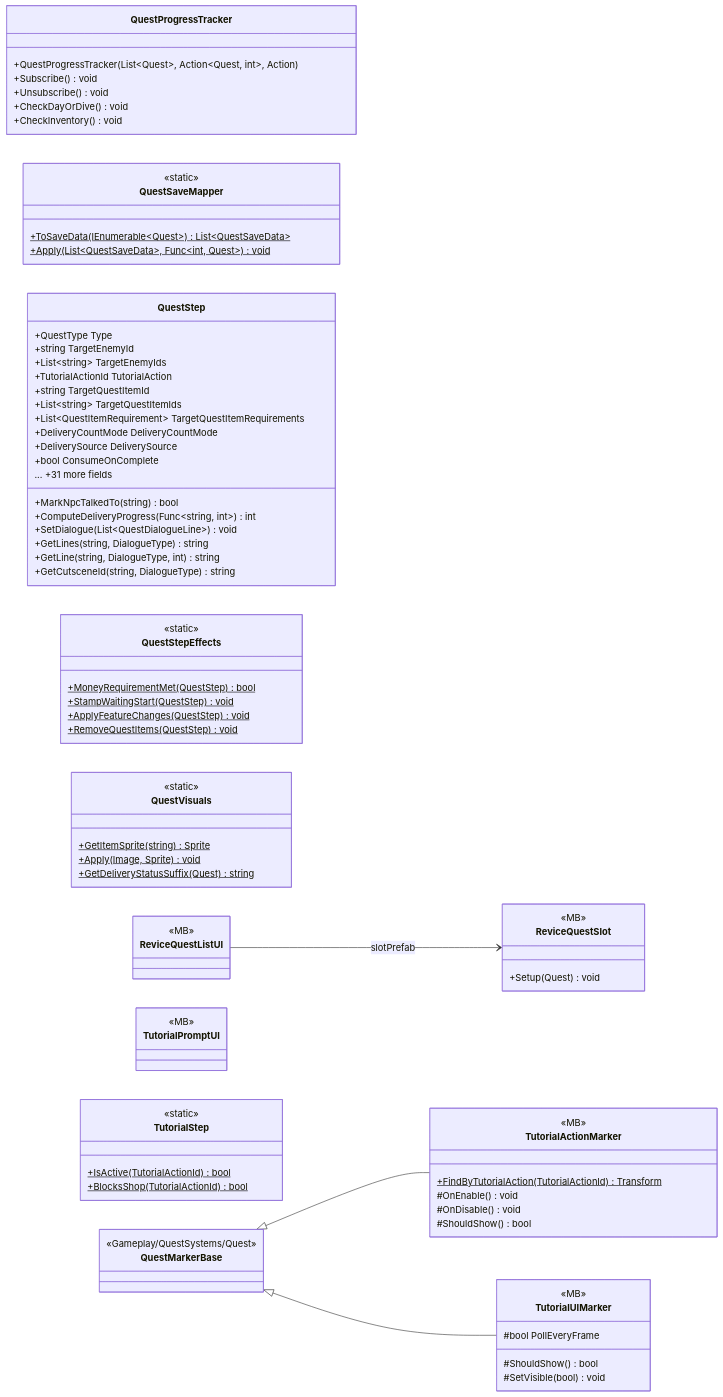
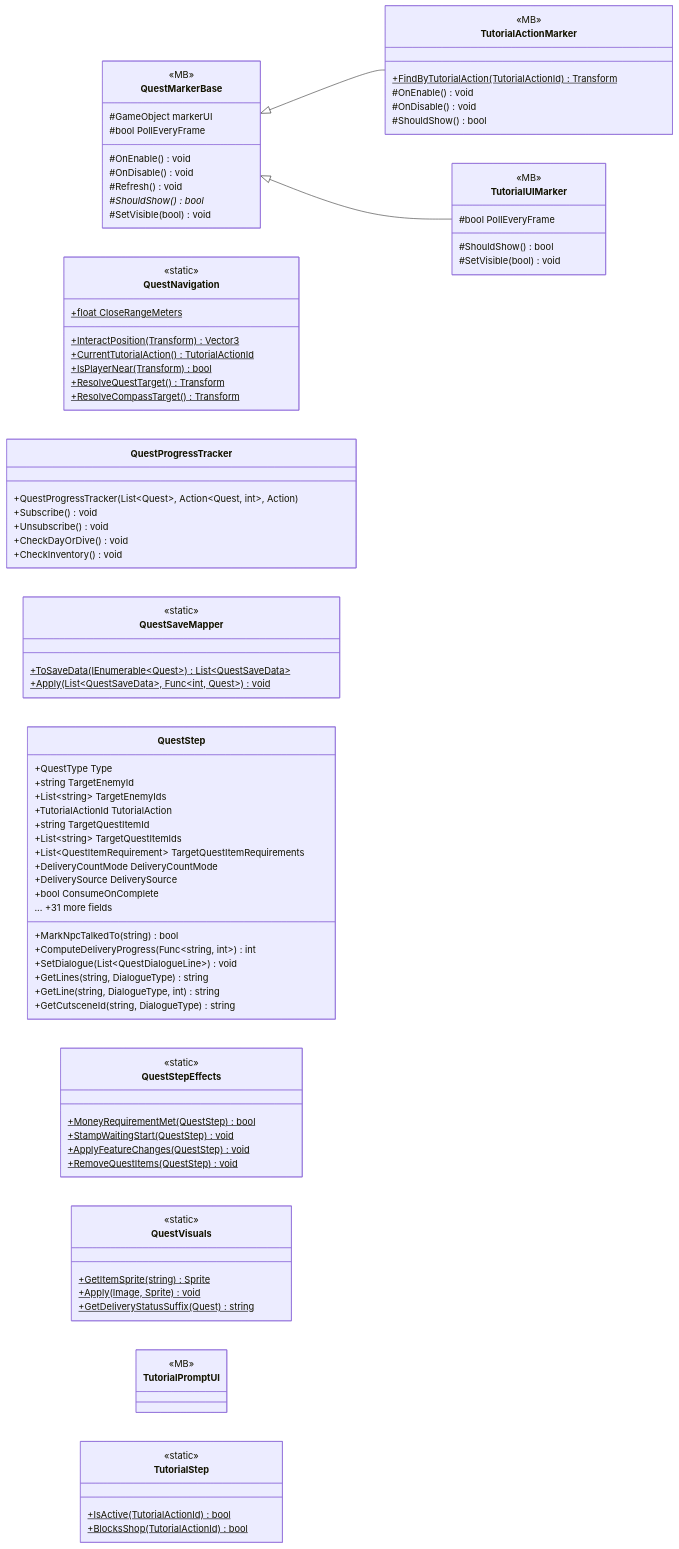
One commit to PhumipatWave/project-ocean changed the second of 2 diagrams in docs/uml/modules/Gameplay_QuestSystems_Quest.md. Above: the diagram before and after it, drawn with Mermaid. The commit also changed other lines of this file and 346 other files, not shown here.

````diff
--- a/docs/uml/modules/Gameplay_QuestSystems_Quest.md
+++ b/docs/uml/modules/Gameplay_QuestSystems_Quest.md
@@ -240,6 +228,26 @@
 ```mermaid
 classDiagram
   direction LR
+  class QuestMarkerBase {
+    <<MB>>
+    <<abstract>>
+    #GameObject markerUI
+    #bool PollEveryFrame
+    #OnEnable() void
+    #OnDisable() void
+    #Refresh() void
+    #ShouldShow()* bool
+    #SetVisible(bool) void
+  }
+  class QuestNavigation {
+    <<static>>
+    +float CloseRangeMeters$
+    +InteractPosition(Transform)$ Vector3
+    +CurrentTutorialAction()$ TutorialActionId
+    +IsPlayerNear(Transform)$ bool
+    +ResolveQuestTarget()$ Transform
+    +ResolveCompassTarget()$ Transform
+  }
   class QuestProgressTracker {
     +QuestProgressTracker(List~Quest~, Action~Quest, int~, Action)
     +Subscribe() void
@@ -284,13 +292,6 @@
     +Apply(Image, Sprite)$ void
     +GetDeliveryStatusSuffix(Quest)$ string
   }
-  class ReviceQuestListUI {
-    <<MB>>
-  }
-  class ReviceQuestSlot {
-    <<MB>>
-    +Setup(Quest) void
-  }
   class TutorialActionMarker {
     <<MB>>
     +FindByTutorialAction(TutorialActionId)$ Transform
@@ -312,10 +313,6 @@
     #ShouldShow() bool
     #SetVisible(bool) void
   }
-  class QuestMarkerBase {
-    <<Gameplay/QuestSystems/Quest>>
-  }
   QuestMarkerBase <|-- TutorialActionMarker
   QuestMarkerBase <|-- TutorialUIMarker
-  ReviceQuestListUI --> ReviceQuestSlot : slotPrefab
 ```
````
